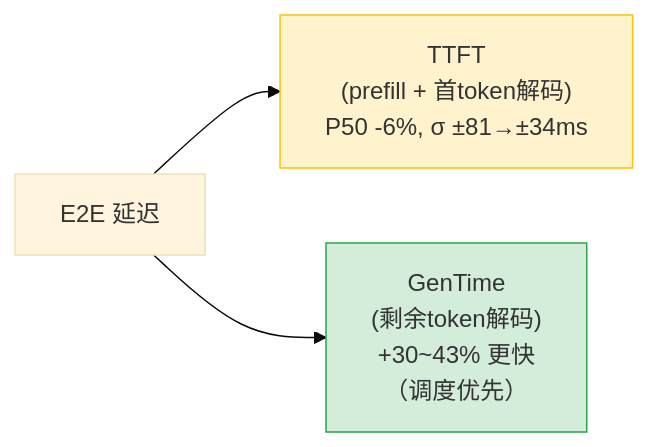
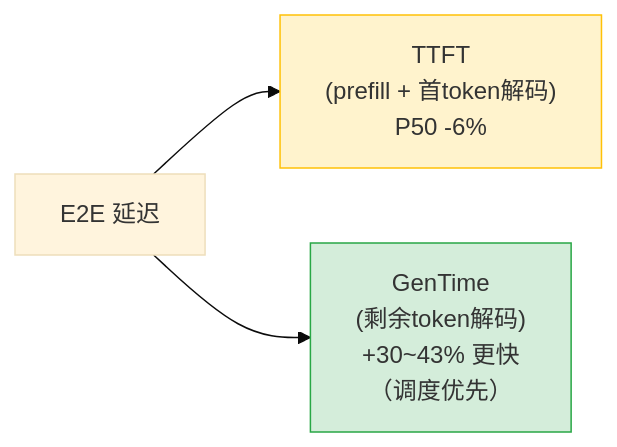
Before and after one commit to david-xinyuwei/david-share: the second of 3 diagrams in Agents/AOAI-Priority-Processing-Benchmark/README-CN.md, drawn with Mermaid (base theme). The commit also changed other lines of this file and 1 other file, not shown here.

Commit message:
Remove all Δσ percentage claims (varies wildly by scenario). TTFT table retains raw ±values as data.

````diff
--- a/Agents/AOAI-Priority-Processing-Benchmark/README-CN.md
+++ b/Agents/AOAI-Priority-Processing-Benchmark/README-CN.md
@@ -119,8 +119,8 @@
 ```mermaid
 flowchart LR
-    E2E["E2E 延迟"] --> TTFT["TTFT<br/>(prefill + 首token解码)<br/>P50 -6%, σ ±81→±34ms"]
+    E2E["E2E 延迟"] --> TTFT["TTFT<br/>(prefill + 首token解码)<br/>P50 -6%"]
     E2E --> GenTime["GenTime<br/>(剩余token解码)<br/>+30~43% 更快<br/>（调度优先）"]
     
     style TTFT fill:#fff3cd,stroke:#ffc107
     style GenTime fill:#d4edda,stroke:#28a745
 ```
````
